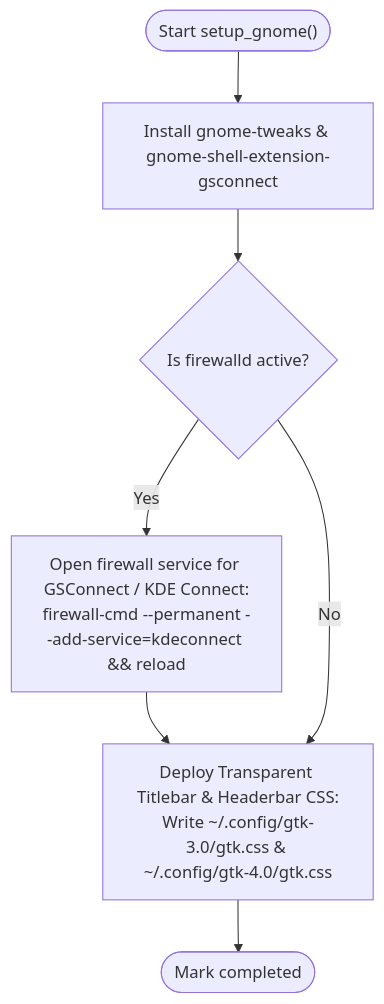
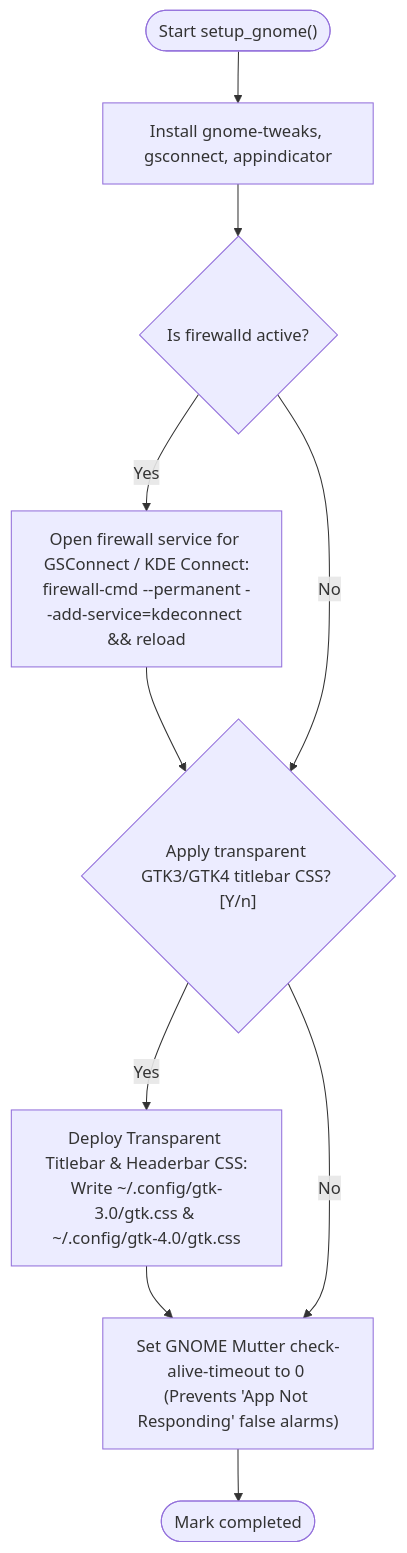
One commit to kk376/fedora-post-install changed the ninth of 21 diagrams in PSEUDOCODE.md. Above: the diagram before and after it, drawn with Mermaid. The commit also changed other lines of this file and 3 other files, not shown here.

Commit message:
docs: synchronize HOW_IT_WORKS and PSEUDOCODE with v8.0.0 architecture

````diff
--- a/PSEUDOCODE.md
+++ b/PSEUDOCODE.md
@@ -281,11 +255,15 @@
 ```mermaid
 flowchart TD
-    StartGNOME(["Start setup_gnome()"]) --> InstallGNOMETools["Install gnome-tweaks & gnome-shell-extension-gsconnect"]
+    StartGNOME(["Start setup_gnome()"]) --> InstallGNOMETools["Install gnome-tweaks, gsconnect, appindicator"]
     InstallGNOMETools --> CheckFirewall{"Is firewalld active?"}
     
-    CheckFirewall -- Yes --> OpenKDEConnect["Open firewall service for GSConnect / KDE Connect:<br/>firewall-cmd --permanent --add-service=kdeconnect && reload"] --> DeployGTKCSS
-    CheckFirewall -- No --> DeployGTKCSS
+    CheckFirewall -- Yes --> OpenKDEConnect["Open firewall service for GSConnect / KDE Connect:<br/>firewall-cmd --permanent --add-service=kdeconnect && reload"] --> TitlebarPrompt
+    CheckFirewall -- No --> TitlebarPrompt
     
-    DeployGTKCSS["Deploy Transparent Titlebar & Headerbar CSS:<br/>Write ~/.config/gtk-3.0/gtk.css & ~/.config/gtk-4.0/gtk.css"]
-    DeployGTKCSS --> EndGNOME(["Mark completed"])
+    TitlebarPrompt{"Apply transparent GTK3/GTK4 titlebar CSS? [Y/n]"}
+    TitlebarPrompt -- Yes --> DeployGTKCSS["Deploy Transparent Titlebar & Headerbar CSS:<br/>Write ~/.config/gtk-3.0/gtk.css & ~/.config/gtk-4.0/gtk.css"] --> SetMutter
+    TitlebarPrompt -- No --> SetMutter
+    
+    SetMutter["Set GNOME Mutter check-alive-timeout to 0 (Prevents 'App Not Responding' false alarms)"]
+    SetMutter --> EndGNOME(["Mark completed"])
 ```
````
